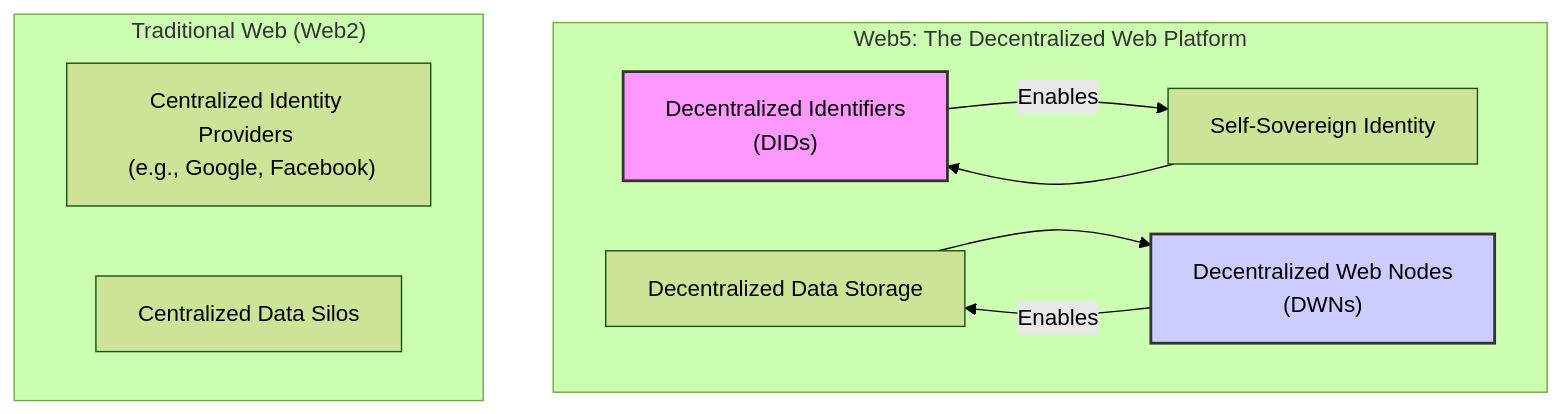
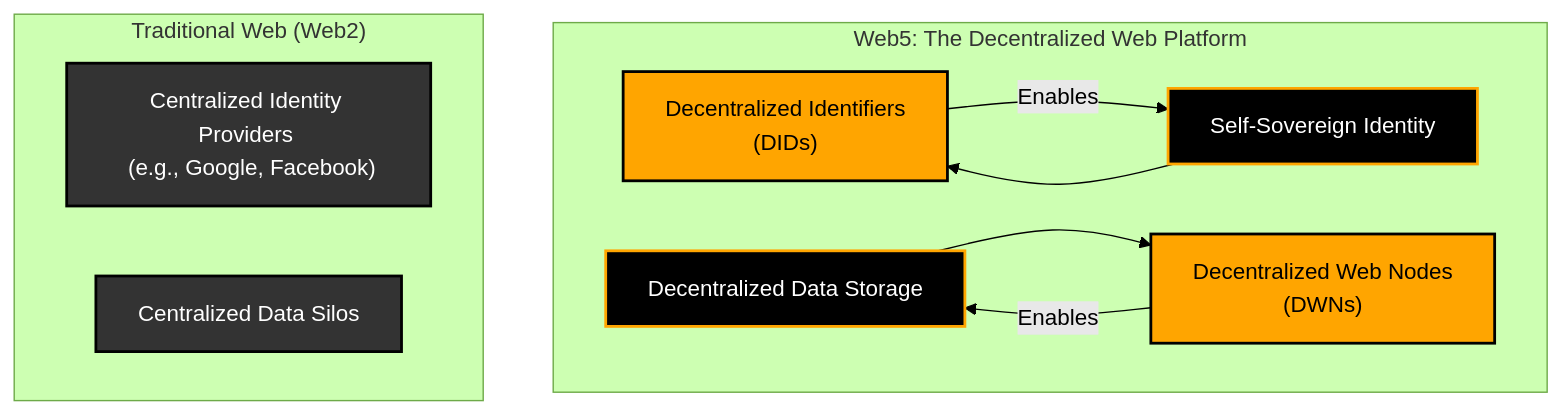
Before and after one commit to chandan989/M.E.R.I.D.I.A.N.: the first of 2 diagrams in Web5 Infra Pods/README.md, drawn with Mermaid (forest theme). The commit also changed other lines of this file, not shown here.

Commit message:
Meridian Web5 Infra

````diff
--- a/Web5 Infra Pods/README.md
+++ b/Web5 Infra Pods/README.md
@@ -11,23 +11,27 @@
 ```mermaid
 graph TD
     subgraph "Web5: The Decentralized Web Platform"
         A["Decentralized Identifiers <br> (DIDs)"]
         B["Decentralized Web Nodes <br> (DWNs)"]
         C["Self-Sovereign Identity"]
         D["Decentralized Data Storage"]
     end
 
     subgraph "Traditional Web (Web2)"
         E["Centralized Identity Providers <br> (e.g., Google, Facebook)"]
         F["Centralized Data Silos"]
     end
 
     C --> A
     D --> B
 
     A -- "Enables" --> C
     B -- "Enables" --> D
 
-    style A fill:#f9f,stroke:#333,stroke-width:2px
-    style B fill:#ccf,stroke:#333,stroke-width:2px
+    style A fill:#FFA500,stroke:#000000,stroke-width:2px,color:#000000
+    style B fill:#FFA500,stroke:#000000,stroke-width:2px,color:#000000
+    style C fill:#000000,stroke:#FFA500,stroke-width:2px,color:#FFFFFF
+    style D fill:#000000,stroke:#FFA500,stroke-width:2px,color:#FFFFFF
+    style E fill:#333,stroke:#000,stroke-width:2px,color:#fff
+    style F fill:#333,stroke:#000,stroke-width:2px,color:#fff
 ```
````
